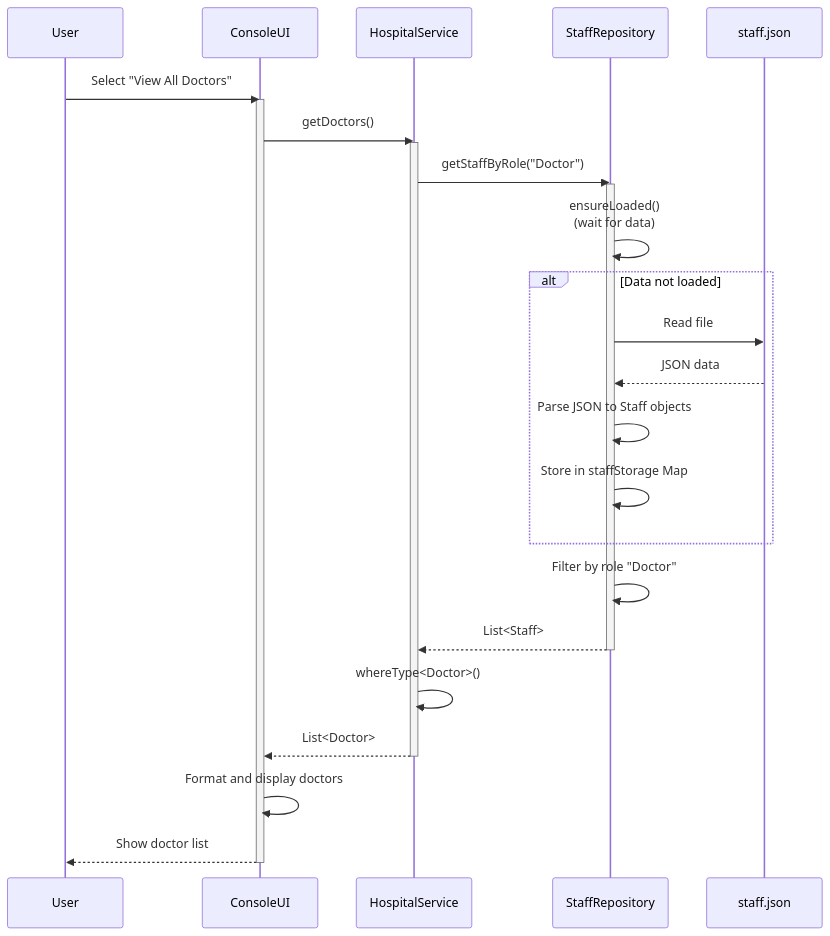
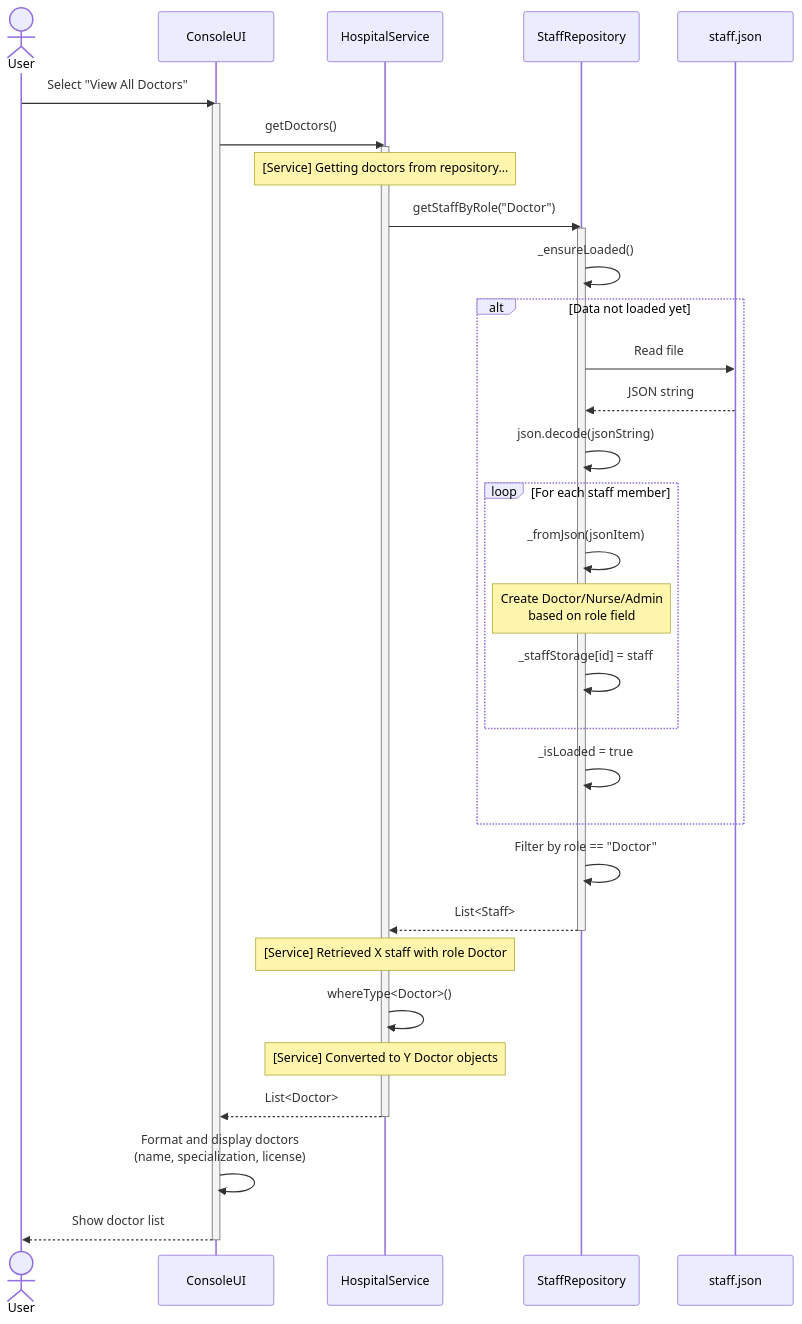
The seventh of 12 diagrams in UML_DIAGRAMS.md (longboren/Hospital_Management_Systems), drawn with Mermaid before and after one commit. The commit also changed other lines of this file and 8 other files, not shown here.

````diff
--- a/UML_DIAGRAMS.md
+++ b/UML_DIAGRAMS.md
@@ -514,38 +658,47 @@
 ```mermaid
 sequenceDiagram
-    participant User
+    actor User
     participant UI as ConsoleUI
     participant Service as HospitalService
     participant StaffRepo as StaffRepository
-    participant JSON as staff.json
+    participant File as staff.json
     
     User->>UI: Select "View All Doctors"
     activate UI
     
     UI->>Service: getDoctors()
     activate Service
+    Note over Service: [Service] Getting doctors from repository...
     
     Service->>StaffRepo: getStaffByRole("Doctor")
     activate StaffRepo
     
-    StaffRepo->>StaffRepo: ensureLoaded()<br/>(wait for data)
+    StaffRepo->>StaffRepo: _ensureLoaded()
     
-    alt Data not loaded
-        StaffRepo->>JSON: Read file
-        JSON-->>StaffRepo: JSON data
-        StaffRepo->>StaffRepo: Parse JSON to Staff objects
-        StaffRepo->>StaffRepo: Store in staffStorage Map
+    alt Data not loaded yet
+        StaffRepo->>File: Read file
+        File-->>StaffRepo: JSON string
+        StaffRepo->>StaffRepo: json.decode(jsonString)
+        loop For each staff member
+            StaffRepo->>StaffRepo: _fromJson(jsonItem)
+            Note over StaffRepo: Create Doctor/Nurse/Admin<br/>based on role field
+            StaffRepo->>StaffRepo: _staffStorage[id] = staff
+        end
+        StaffRepo->>StaffRepo: _isLoaded = true
     end
     
-    StaffRepo->>StaffRepo: Filter by role "Doctor"
+    StaffRepo->>StaffRepo: Filter by role == "Doctor"
     StaffRepo-->>Service: List<Staff>
     deactivate StaffRepo
     
+    Note over Service: [Service] Retrieved X staff with role Doctor
     Service->>Service: whereType<Doctor>()
+    Note over Service: [Service] Converted to Y Doctor objects
+    
     Service-->>UI: List<Doctor>
     deactivate Service
     
-    UI->>UI: Format and display doctors
+    UI->>UI: Format and display doctors<br/>(name, specialization, license)
     UI-->>User: Show doctor list
     deactivate UI
 ```
````
